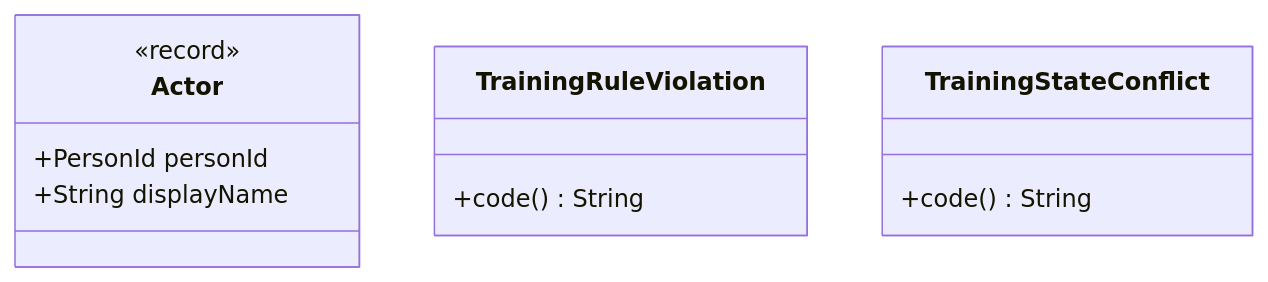
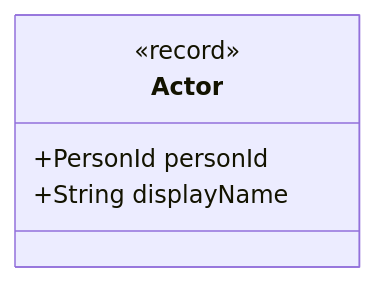
One commit to davidbejar/hoops-academy changed the eighth of 13 diagrams in docs/domain/athlete-model.md. Above: the diagram before and after it, drawn with Mermaid. The commit also changed 1 other file, not shown here.

Commit message:
docs(domain): model pages after the move of the exceptions, paging and language types to common (WP137)

````diff
--- a/docs/domain/athlete-model.md
+++ b/docs/domain/athlete-model.md
@@ -681,14 +681,8 @@
 ```mermaid
 classDiagram
     class Actor {
         <<record>>
         +PersonId personId
         +String displayName
     }
-    class TrainingRuleViolation {
-        +code() String
-    }
-    class TrainingStateConflict {
-        +code() String
-    }
 ```
````
